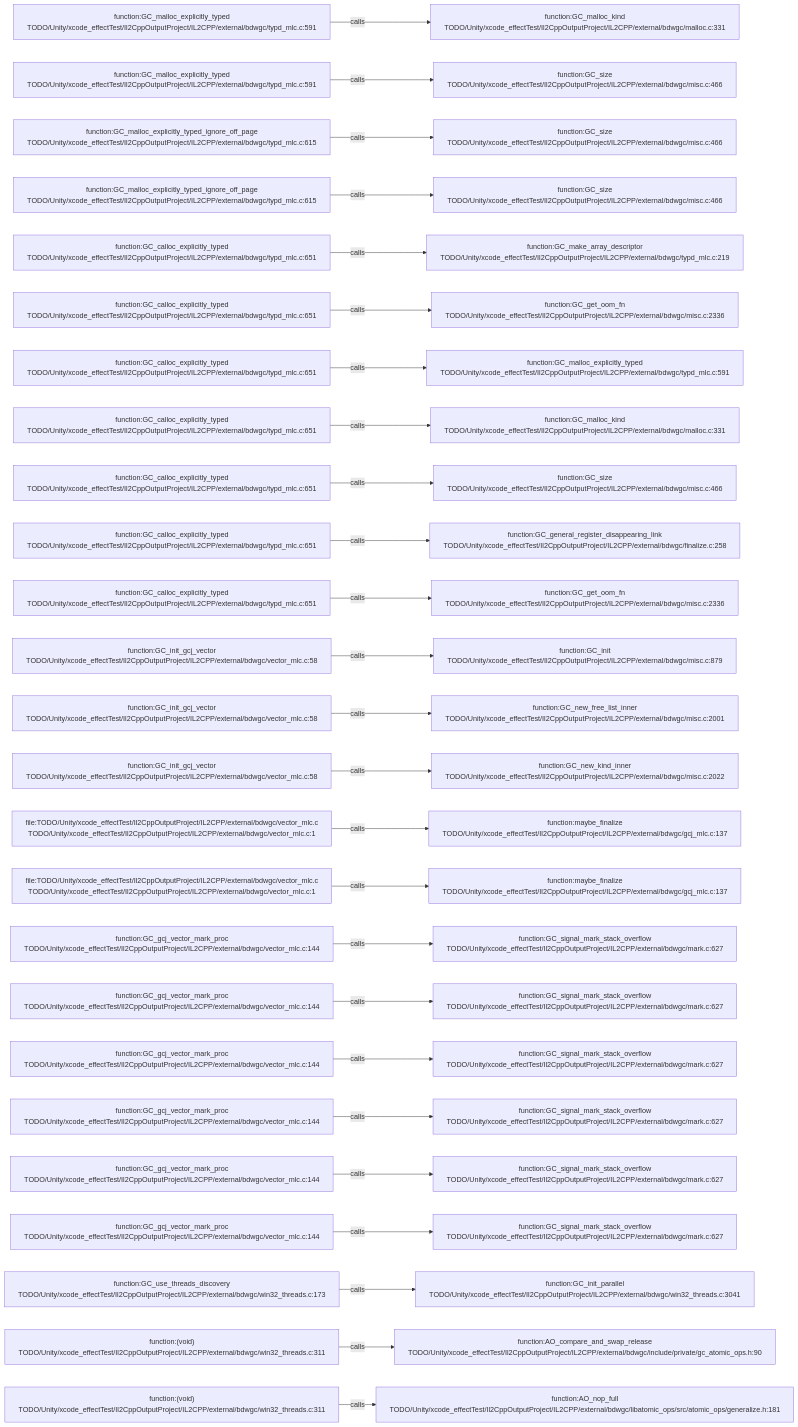
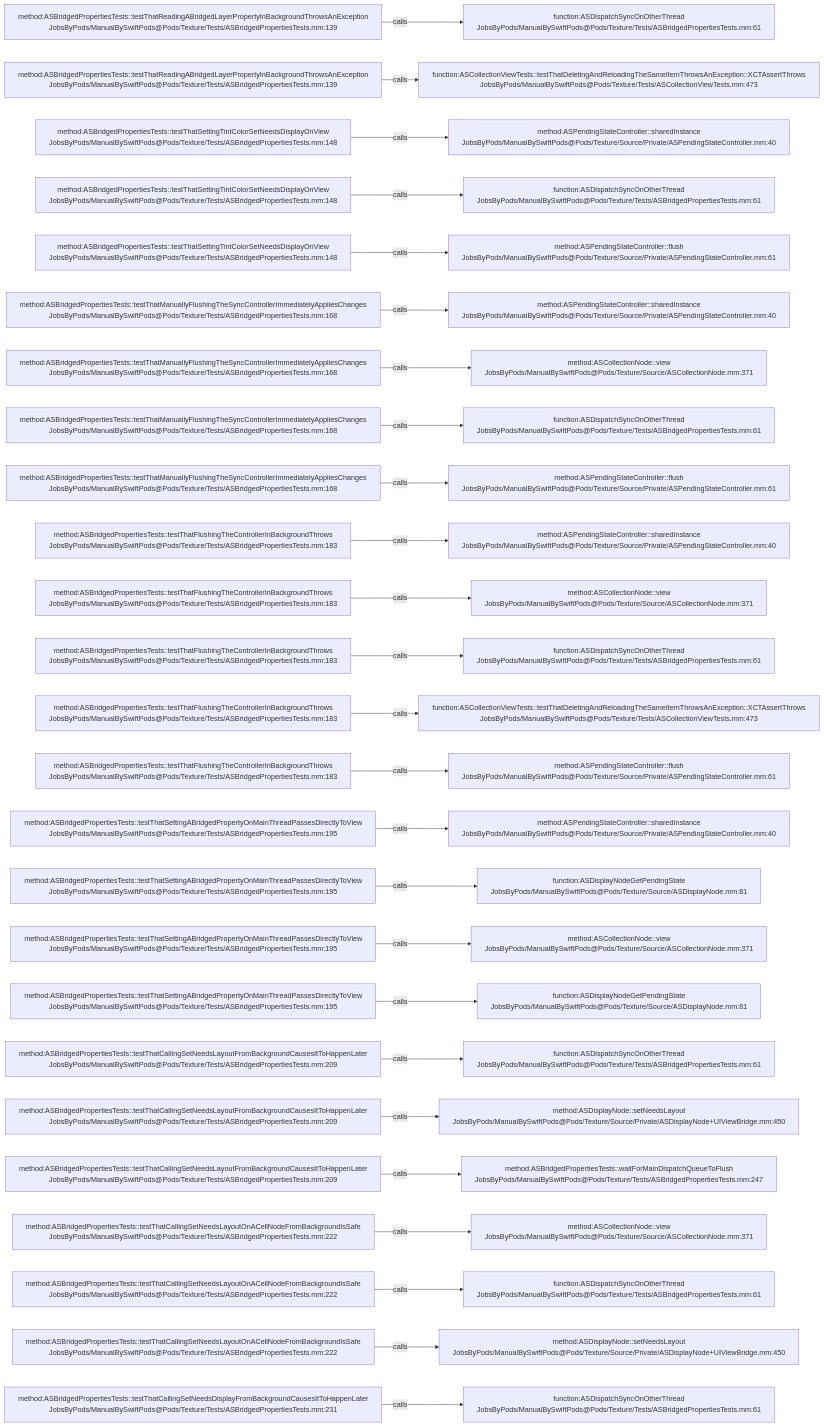
One commit to JobsKits/JobsSwiftBaseConfigDemo changed the diagram in .codegraph/codegraph.md/graphs/calls-183.md. Above: the diagram before and after it, drawn with Mermaid. The commit also changed 2959 other files, not shown here.

````diff
--- a/.codegraph/codegraph.md/graphs/calls-183.md
+++ b/.codegraph/codegraph.md/graphs/calls-183.md
@@ -13,78 +13,78 @@
 ```mermaid
 flowchart LR
-  S1["function:GC_malloc_explicitly_typed<br/>TODO/Unity/xcode_effectTest/Il2CppOutputProject/IL2CPP/external/bdwgc/typd_mlc.c:591"]
-  T1["function:GC_malloc_kind<br/>TODO/Unity/xcode_effectTest/Il2CppOutputProject/IL2CPP/external/bdwgc/malloc.c:331"]
+  S1["method:ASBridgedPropertiesTests::testThatReadingABridgedLayerPropertyInBackgroundThrowsAnException<br/>JobsByPods/ManualBySwiftPods@Pods/Texture/Tests/ASBridgedPropertiesTests.mm:139"]
+  T1["function:ASDispatchSyncOnOtherThread<br/>JobsByPods/ManualBySwiftPods@Pods/Texture/Tests/ASBridgedPropertiesTests.mm:61"]
   S1 -->|calls| T1
-  S2["function:GC_malloc_explicitly_typed<br/>TODO/Unity/xcode_effectTest/Il2CppOutputProject/IL2CPP/external/bdwgc/typd_mlc.c:591"]
-  T2["function:GC_size<br/>TODO/Unity/xcode_effectTest/Il2CppOutputProject/IL2CPP/external/bdwgc/misc.c:466"]
+  S2["method:ASBridgedPropertiesTests::testThatReadingABridgedLayerPropertyInBackgroundThrowsAnException<br/>JobsByPods/ManualBySwiftPods@Pods/Texture/Tests/ASBridgedPropertiesTests.mm:139"]
+  T2["function:ASCollectionViewTests::testThatDeletingAndReloadingTheSameItemThrowsAnException::XCTAssertThrows<br/>JobsByPods/ManualBySwiftPods@Pods/Texture/Tests/ASCollectionViewTests.mm:473"]
   S2 -->|calls| T2
-  S3["function:GC_malloc_explicitly_typed_ignore_off_page<br/>TODO/Unity/xcode_effectTest/Il2CppOutputProject/IL2CPP/external/bdwgc/typd_mlc.c:615"]
-  T3["function:GC_size<br/>TODO/Unity/xcode_effectTest/Il2CppOutputProject/IL2CPP/external/bdwgc/misc.c:466"]
+  S3["method:ASBridgedPropertiesTests::testThatSettingTintColorSetNeedsDisplayOnView<br/>JobsByPods/ManualBySwiftPods@Pods/Texture/Tests/ASBridgedPropertiesTests.mm:148"]
+  T3["method:ASPendingStateController::sharedInstance<br/>JobsByPods/ManualBySwiftPods@Pods/Texture/Source/Private/ASPendingStateController.mm:40"]
   S3 -->|calls| T3
-  S4["function:GC_malloc_explicitly_typed_ignore_off_page<br/>TODO/Unity/xcode_effectTest/Il2CppOutputProject/IL2CPP/external/bdwgc/typd_mlc.c:615"]
-  T4["function:GC_size<br/>TODO/Unity/xcode_effectTest/Il2CppOutputProject/IL2CPP/external/bdwgc/misc.c:466"]
+  S4["method:ASBridgedPropertiesTests::testThatSettingTintColorSetNeedsDisplayOnView<br/>JobsByPods/ManualBySwiftPods@Pods/Texture/Tests/ASBridgedPropertiesTests.mm:148"]
+  T4["function:ASDispatchSyncOnOtherThread<br/>JobsByPods/ManualBySwiftPods@Pods/Texture/Tests/ASBridgedPropertiesTests.mm:61"]
   S4 -->|calls| T4
-  S5["function:GC_calloc_explicitly_typed<br/>TODO/Unity/xcode_effectTest/Il2CppOutputProject/IL2CPP/external/bdwgc/typd_mlc.c:651"]
-  T5["function:GC_make_array_descriptor<br/>TODO/Unity/xcode_effectTest/Il2CppOutputProject/IL2CPP/external/bdwgc/typd_mlc.c:219"]
+  S5["method:ASBridgedPropertiesTests::testThatSettingTintColorSetNeedsDisplayOnView<br/>JobsByPods/ManualBySwiftPods@Pods/Texture/Tests/ASBridgedPropertiesTests.mm:148"]
+  T5["method:ASPendingStateController::flush<br/>JobsByPods/ManualBySwiftPods@Pods/Texture/Source/Private/ASPendingStateController.mm:61"]
   S5 -->|calls| T5
-  S6["function:GC_calloc_explicitly_typed<br/>TODO/Unity/xcode_effectTest/Il2CppOutputProject/IL2CPP/external/bdwgc/typd_mlc.c:651"]
-  T6["function:GC_get_oom_fn<br/>TODO/Unity/xcode_effectTest/Il2CppOutputProject/IL2CPP/external/bdwgc/misc.c:2336"]
+  S6["method:ASBridgedPropertiesTests::testThatManuallyFlushingTheSyncControllerImmediatelyAppliesChanges<br/>JobsByPods/ManualBySwiftPods@Pods/Texture/Tests/ASBridgedPropertiesTests.mm:168"]
+  T6["method:ASPendingStateController::sharedInstance<br/>JobsByPods/ManualBySwiftPods@Pods/Texture/Source/Private/ASPendingStateController.mm:40"]
   S6 -->|calls| T6
-  S7["function:GC_calloc_explicitly_typed<br/>TODO/Unity/xcode_effectTest/Il2CppOutputProject/IL2CPP/external/bdwgc/typd_mlc.c:651"]
-  T7["function:GC_malloc_explicitly_typed<br/>TODO/Unity/xcode_effectTest/Il2CppOutputProject/IL2CPP/external/bdwgc/typd_mlc.c:591"]
+  S7["method:ASBridgedPropertiesTests::testThatManuallyFlushingTheSyncControllerImmediatelyAppliesChanges<br/>JobsByPods/ManualBySwiftPods@Pods/Texture/Tests/ASBridgedPropertiesTests.mm:168"]
+  T7["method:ASCollectionNode::view<br/>JobsByPods/ManualBySwiftPods@Pods/Texture/Source/ASCollectionNode.mm:371"]
   S7 -->|calls| T7
-  S8["function:GC_calloc_explicitly_typed<br/>TODO/Unity/xcode_effectTest/Il2CppOutputProject/IL2CPP/external/bdwgc/typd_mlc.c:651"]
-  T8["function:GC_malloc_kind<br/>TODO/Unity/xcode_effectTest/Il2CppOutputProject/IL2CPP/external/bdwgc/malloc.c:331"]
+  S8["method:ASBridgedPropertiesTests::testThatManuallyFlushingTheSyncControllerImmediatelyAppliesChanges<br/>JobsByPods/ManualBySwiftPods@Pods/Texture/Tests/ASBridgedPropertiesTests.mm:168"]
+  T8["function:ASDispatchSyncOnOtherThread<br/>JobsByPods/ManualBySwiftPods@Pods/Texture/Tests/ASBridgedPropertiesTests.mm:61"]
   S8 -->|calls| T8
-  S9["function:GC_calloc_explicitly_typed<br/>TODO/Unity/xcode_effectTest/Il2CppOutputProject/IL2CPP/external/bdwgc/typd_mlc.c:651"]
-  T9["function:GC_size<br/>TODO/Unity/xcode_effectTest/Il2CppOutputProject/IL2CPP/external/bdwgc/misc.c:466"]
+  S9["method:ASBridgedPropertiesTests::testThatManuallyFlushingTheSyncControllerImmediatelyAppliesChanges<br/>JobsByPods/ManualBySwiftPods@Pods/Texture/Tests/ASBridgedPropertiesTests.mm:168"]
+  T9["method:ASPendingStateController::flush<br/>JobsByPods/ManualBySwiftPods@Pods/Texture/Source/Private/ASPendingStateController.mm:61"]
   S9 -->|calls| T9
-  S10["function:GC_calloc_explicitly_typed<br/>TODO/Unity/xcode_effectTest/Il2CppOutputProject/IL2CPP/external/bdwgc/typd_mlc.c:651"]
-  T10["function:GC_general_register_disappearing_link<br/>TODO/Unity/xcode_effectTest/Il2CppOutputProject/IL2CPP/external/bdwgc/finalize.c:258"]
+  S10["method:ASBridgedPropertiesTests::testThatFlushingTheControllerInBackgroundThrows<br/>JobsByPods/ManualBySwiftPods@Pods/Texture/Tests/ASBridgedPropertiesTests.mm:183"]
+  T10["method:ASPendingStateController::sharedInstance<br/>JobsByPods/ManualBySwiftPods@Pods/Texture/Source/Private/ASPendingStateController.mm:40"]
   S10 -->|calls| T10
-  S11["function:GC_calloc_explicitly_typed<br/>TODO/Unity/xcode_effectTest/Il2CppOutputProject/IL2CPP/external/bdwgc/typd_mlc.c:651"]
-  T11["function:GC_get_oom_fn<br/>TODO/Unity/xcode_effectTest/Il2CppOutputProject/IL2CPP/external/bdwgc/misc.c:2336"]
+  S11["method:ASBridgedPropertiesTests::testThatFlushingTheControllerInBackgroundThrows<br/>JobsByPods/ManualBySwiftPods@Pods/Texture/Tests/ASBridgedPropertiesTests.mm:183"]
+  T11["method:ASCollectionNode::view<br/>JobsByPods/ManualBySwiftPods@Pods/Texture/Source/ASCollectionNode.mm:371"]
   S11 -->|calls| T11
-  S12["function:GC_init_gcj_vector<br/>TODO/Unity/xcode_effectTest/Il2CppOutputProject/IL2CPP/external/bdwgc/vector_mlc.c:58"]
-  T12["function:GC_init<br/>TODO/Unity/xcode_effectTest/Il2CppOutputProject/IL2CPP/external/bdwgc/misc.c:879"]
+  S12["method:ASBridgedPropertiesTests::testThatFlushingTheControllerInBackgroundThrows<br/>JobsByPods/ManualBySwiftPods@Pods/Texture/Tests/ASBridgedPropertiesTests.mm:183"]
+  T12["function:ASDispatchSyncOnOtherThread<br/>JobsByPods/ManualBySwiftPods@Pods/Texture/Tests/ASBridgedPropertiesTests.mm:61"]
   S12 -->|calls| T12
-  S13["function:GC_init_gcj_vector<br/>TODO/Unity/xcode_effectTest/Il2CppOutputProject/IL2CPP/external/bdwgc/vector_mlc.c:58"]
-  T13["function:GC_new_free_list_inner<br/>TODO/Unity/xcode_effectTest/Il2CppOutputProject/IL2CPP/external/bdwgc/misc.c:2001"]
+  S13["method:ASBridgedPropertiesTests::testThatFlushingTheControllerInBackgroundThrows<br/>JobsByPods/ManualBySwiftPods@Pods/Texture/Tests/ASBridgedPropertiesTests.mm:183"]
+  T13["function:ASCollectionViewTests::testThatDeletingAndReloadingTheSameItemThrowsAnException::XCTAssertThrows<br/>JobsByPods/ManualBySwiftPods@Pods/Texture/Tests/ASCollectionViewTests.mm:473"]
   S13 -->|calls| T13
-  S14["function:GC_init_gcj_vector<br/>TODO/Unity/xcode_effectTest/Il2CppOutputProject/IL2CPP/external/bdwgc/vector_mlc.c:58"]
-  T14["function:GC_new_kind_inner<br/>TODO/Unity/xcode_effectTest/Il2CppOutputProject/IL2CPP/external/bdwgc/misc.c:2022"]
+  S14["method:ASBridgedPropertiesTests::testThatFlushingTheControllerInBackgroundThrows<br/>JobsByPods/ManualBySwiftPods@Pods/Texture/Tests/ASBridgedPropertiesTests.mm:183"]
+  T14["method:ASPendingStateController::flush<br/>JobsByPods/ManualBySwiftPods@Pods/Texture/Source/Private/ASPendingStateController.mm:61"]
   S14 -->|calls| T14
-  S15["file:TODO/Unity/xcode_effectTest/Il2CppOutputProject/IL2CPP/external/bdwgc/vector_mlc.c<br/>TODO/Unity/xcode_effectTest/Il2CppOutputProject/IL2CPP/external/bdwgc/vector_mlc.c:1"]
-  T15["function:maybe_finalize<br/>TODO/Unity/xcode_effectTest/Il2CppOutputProject/IL2CPP/external/bdwgc/gcj_mlc.c:137"]
+  S15["method:ASBridgedPropertiesTests::testThatSettingABridgedPropertyOnMainThreadPassesDirectlyToView<br/>JobsByPods/ManualBySwiftPods@Pods/Texture/Tests/ASBridgedPropertiesTests.mm:195"]
+  T15["method:ASPendingStateController::sharedInstance<br/>JobsByPods/ManualBySwiftPods@Pods/Texture/Source/Private/ASPendingStateController.mm:40"]
   S15 -->|calls| T15
-  S16["file:TODO/Unity/xcode_effectTest/Il2CppOutputProject/IL2CPP/external/bdwgc/vector_mlc.c<br/>TODO/Unity/xcode_effectTest/Il2CppOutputProject/IL2CPP/external/bdwgc/vector_mlc.c:1"]
-  T16["function:maybe_finalize<br/>TODO/Unity/xcode_effectTest/Il2CppOutputProject/IL2CPP/external/bdwgc/gcj_mlc.c:137"]
+  S16["method:ASBridgedPropertiesTests::testThatSettingABridgedPropertyOnMainThreadPassesDirectlyToView<br/>JobsByPods/ManualBySwiftPods@Pods/Texture/Tests/ASBridgedPropertiesTests.mm:195"]
+  T16["function:ASDisplayNodeGetPendingState<br/>JobsByPods/ManualBySwiftPods@Pods/Texture/Source/ASDisplayNode.mm:81"]
   S16 -->|calls| T16
-  S17["function:GC_gcj_vector_mark_proc<br/>TODO/Unity/xcode_effectTest/Il2CppOutputProject/IL2CPP/external/bdwgc/vector_mlc.c:144"]
-  T17["function:GC_signal_mark_stack_overflow<br/>TODO/Unity/xcode_effectTest/Il2CppOutputProject/IL2CPP/external/bdwgc/mark.c:627"]
+  S17["method:ASBridgedPropertiesTests::testThatSettingABridgedPropertyOnMainThreadPassesDirectlyToView<br/>JobsByPods/ManualBySwiftPods@Pods/Texture/Tests/ASBridgedPropertiesTests.mm:195"]
+  T17["method:ASCollectionNode::view<br/>JobsByPods/ManualBySwiftPods@Pods/Texture/Source/ASCollectionNode.mm:371"]
   S17 -->|calls| T17
-  S18["function:GC_gcj_vector_mark_proc<br/>TODO/Unity/xcode_effectTest/Il2CppOutputProject/IL2CPP/external/bdwgc/vector_mlc.c:144"]
-  T18["function:GC_signal_mark_stack_overflow<br/>TODO/Unity/xcode_effectTest/Il2CppOutputProject/IL2CPP/external/bdwgc/mark.c:627"]
+  S18["method:ASBridgedPropertiesTests::testThatSettingABridgedPropertyOnMainThreadPassesDirectlyToView<br/>JobsByPods/ManualBySwiftPods@Pods/Texture/Tests/ASBridgedPropertiesTests.mm:195"]
+  T18["function:ASDisplayNodeGetPendingState<br/>JobsByPods/ManualBySwiftPods@Pods/Texture/Source/ASDisplayNode.mm:81"]
   S18 -->|calls| T18
-  S19["function:GC_gcj_vector_mark_proc<br/>TODO/Unity/xcode_effectTest/Il2CppOutputProject/IL2CPP/external/bdwgc/vector_mlc.c:144"]
-  T19["function:GC_signal_mark_stack_overflow<br/>TODO/Unity/xcode_effectTest/Il2CppOutputProject/IL2CPP/external/bdwgc/mark.c:627"]
+  S19["method:ASBridgedPropertiesTests::testThatCallingSetNeedsLayoutFromBackgroundCausesItToHappenLater<br/>JobsByPods/ManualBySwiftPods@Pods/Texture/Tests/ASBridgedPropertiesTests.mm:209"]
+  T19["function:ASDispatchSyncOnOtherThread<br/>JobsByPods/ManualBySwiftPods@Pods/Texture/Tests/ASBridgedPropertiesTests.mm:61"]
   S19 -->|calls| T19
-  S20["function:GC_gcj_vector_mark_proc<br/>TODO/Unity/xcode_effectTest/Il2CppOutputProject/IL2CPP/external/bdwgc/vector_mlc.c:144"]
-  T20["function:GC_signal_mark_stack_overflow<br/>TODO/Unity/xcode_effectTest/Il2CppOutputProject/IL2CPP/external/bdwgc/mark.c:627"]
+  S20["method:ASBridgedPropertiesTests::testThatCallingSetNeedsLayoutFromBackgroundCausesItToHappenLater<br/>JobsByPods/ManualBySwiftPods@Pods/Texture/Tests/ASBridgedPropertiesTests.mm:209"]
+  T20["method:ASDisplayNode::setNeedsLayout<br/>JobsByPods/ManualBySwiftPods@Pods/Texture/Source/Private/ASDisplayNode+UIViewBridge.mm:450"]
   S20 -->|calls| T20
-  S21["function:GC_gcj_vector_mark_proc<br/>TODO/Unity/xcode_effectTest/Il2CppOutputProject/IL2CPP/external/bdwgc/vector_mlc.c:144"]
-  T21["function:GC_signal_mark_stack_overflow<br/>TODO/Unity/xcode_effectTest/Il2CppOutputProject/IL2CPP/external/bdwgc/mark.c:627"]
+  S21["method:ASBridgedPropertiesTests::testThatCallingSetNeedsLayoutFromBackgroundCausesItToHappenLater<br/>JobsByPods/ManualBySwiftPods@Pods/Texture/Tests/ASBridgedPropertiesTests.mm:209"]
+  T21["method:ASBridgedPropertiesTests::waitForMainDispatchQueueToFlush<br/>JobsByPods/ManualBySwiftPods@Pods/Texture/Tests/ASBridgedPropertiesTests.mm:247"]
   S21 -->|calls| T21
-  S22["function:GC_gcj_vector_mark_proc<br/>TODO/Unity/xcode_effectTest/Il2CppOutputProject/IL2CPP/external/bdwgc/vector_mlc.c:144"]
-  T22["function:GC_signal_mark_stack_overflow<br/>TODO/Unity/xcode_effectTest/Il2CppOutputProject/IL2CPP/external/bdwgc/mark.c:627"]
+  S22["method:ASBridgedPropertiesTests::testThatCallingSetNeedsLayoutOnACellNodeFromBackgroundIsSafe<br/>JobsByPods/ManualBySwiftPods@Pods/Texture/Tests/ASBridgedPropertiesTests.mm:222"]
+  T22["method:ASCollectionNode::view<br/>JobsByPods/ManualBySwiftPods@Pods/Texture/Source/ASCollectionNode.mm:371"]
   S22 -->|calls| T22
-  S23["function:GC_use_threads_discovery<br/>TODO/Unity/xcode_effectTest/Il2CppOutputProject/IL2CPP/external/bdwgc/win32_threads.c:173"]
-  T23["function:GC_init_parallel<br/>TODO/Unity/xcode_effectTest/Il2CppOutputProject/IL2CPP/external/bdwgc/win32_threads.c:3041"]
+  S23["method:ASBridgedPropertiesTests::testThatCallingSetNeedsLayoutOnACellNodeFromBackgroundIsSafe<br/>JobsByPods/ManualBySwiftPods@Pods/Texture/Tests/ASBridgedPropertiesTests.mm:222"]
+  T23["function:ASDispatchSyncOnOtherThread<br/>JobsByPods/ManualBySwiftPods@Pods/Texture/Tests/ASBridgedPropertiesTests.mm:61"]
   S23 -->|calls| T23
-  S24["function:(void)<br/>TODO/Unity/xcode_effectTest/Il2CppOutputProject/IL2CPP/external/bdwgc/win32_threads.c:311"]
-  T24["function:AO_compare_and_swap_release<br/>TODO/Unity/xcode_effectTest/Il2CppOutputProject/IL2CPP/external/bdwgc/include/private/gc_atomic_ops.h:90"]
+  S24["method:ASBridgedPropertiesTests::testThatCallingSetNeedsLayoutOnACellNodeFromBackgroundIsSafe<br/>JobsByPods/ManualBySwiftPods@Pods/Texture/Tests/ASBridgedPropertiesTests.mm:222"]
+  T24["method:ASDisplayNode::setNeedsLayout<br/>JobsByPods/ManualBySwiftPods@Pods/Texture/Source/Private/ASDisplayNode+UIViewBridge.mm:450"]
   S24 -->|calls| T24
-  S25["function:(void)<br/>TODO/Unity/xcode_effectTest/Il2CppOutputProject/IL2CPP/external/bdwgc/win32_threads.c:311"]
-  T25["function:AO_nop_full<br/>TODO/Unity/xcode_effectTest/Il2CppOutputProject/IL2CPP/external/bdwgc/libatomic_ops/src/atomic_ops/generalize.h:181"]
+  S25["method:ASBridgedPropertiesTests::testThatCallingSetNeedsDisplayFromBackgroundCausesItToHappenLater<br/>JobsByPods/ManualBySwiftPods@Pods/Texture/Tests/ASBridgedPropertiesTests.mm:231"]
+  T25["function:ASDispatchSyncOnOtherThread<br/>JobsByPods/ManualBySwiftPods@Pods/Texture/Tests/ASBridgedPropertiesTests.mm:61"]
   S25 -->|calls| T25
 ```
````
